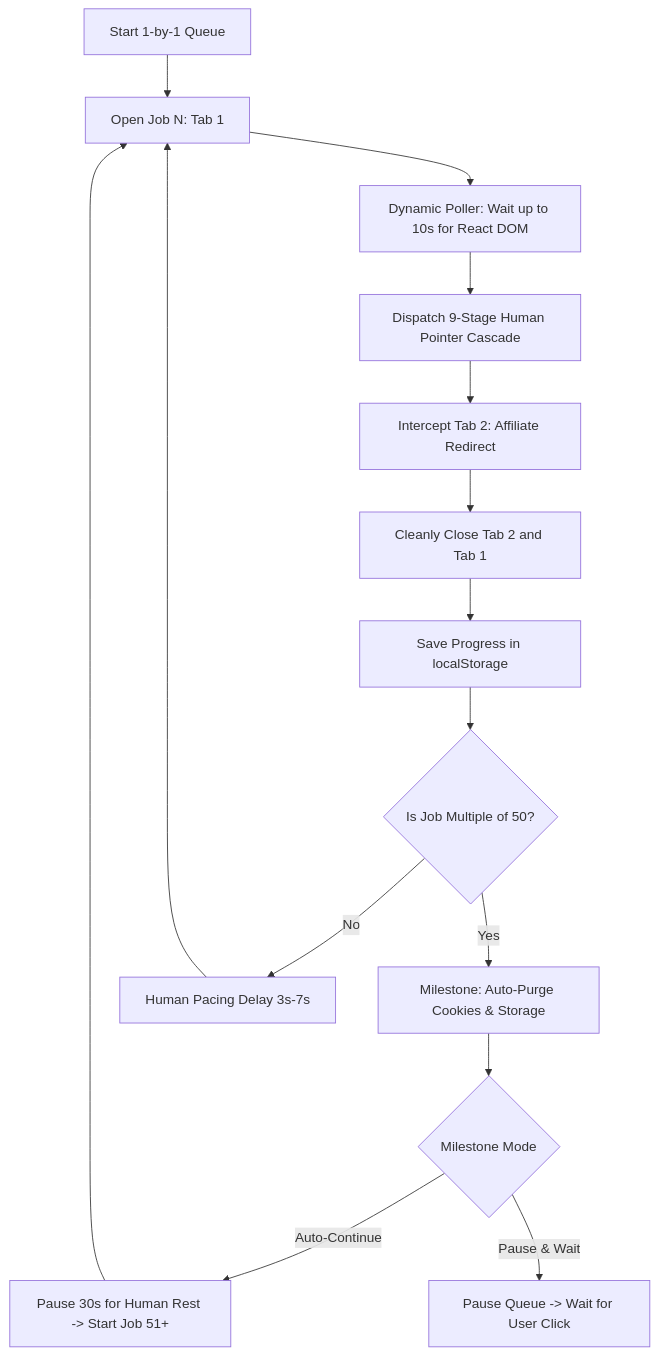
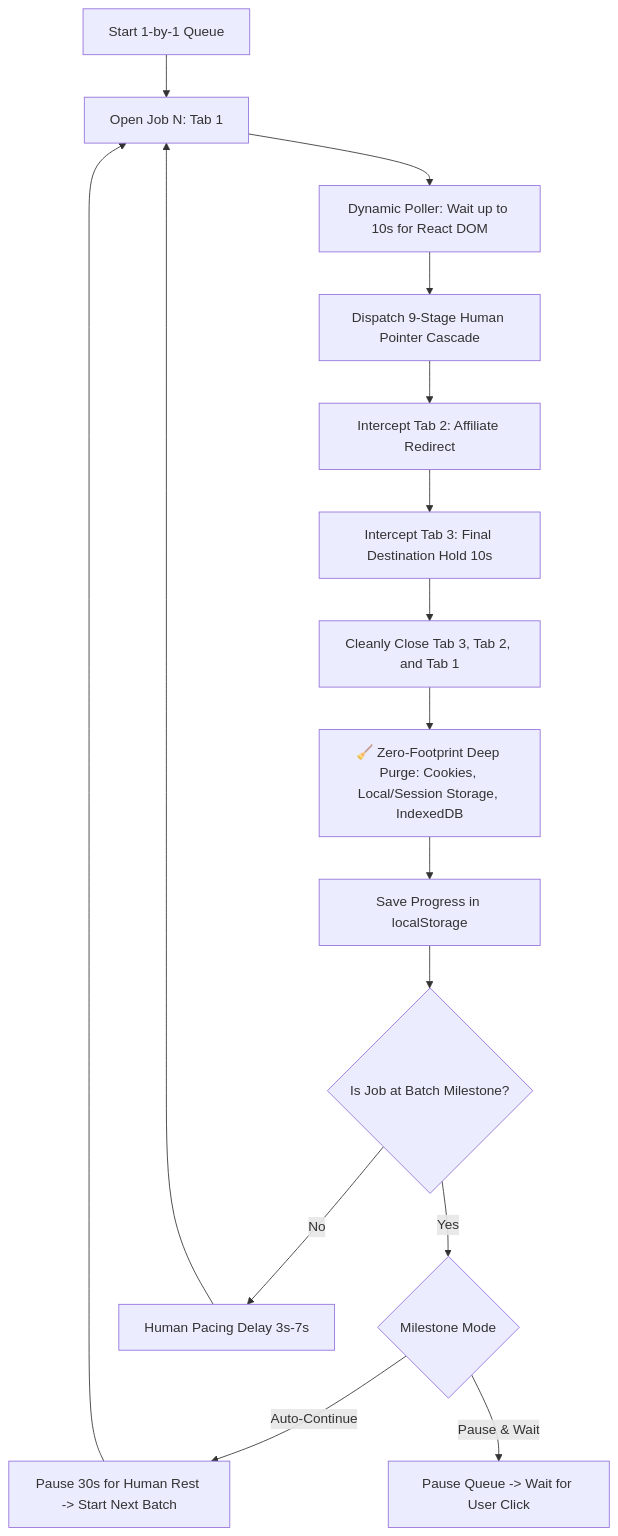
One commit to Naman-mahi/zero-footprint changed the diagram in docs/auto-applier.md. Above: the diagram before and after it, drawn with Mermaid. The commit also changed other lines of this file and 17 other files, not shown here.

````diff
--- a/docs/auto-applier.md
+++ b/docs/auto-applier.md
@@ -9,17 +13,18 @@
 ```mermaid
 flowchart TD
     A[Start 1-by-1 Queue] --> B[Open Job N: Tab 1]
     B --> C[Dynamic Poller: Wait up to 10s for React DOM]
     C --> D[Dispatch 9-Stage Human Pointer Cascade]
     D --> E[Intercept Tab 2: Affiliate Redirect]
-    E --> F[Cleanly Close Tab 2 and Tab 1]
-    F --> G[Save Progress in localStorage]
-    G --> H{Is Job Multiple of 50?}
-    H -->|Yes| I[Milestone: Auto-Purge Cookies & Storage]
-    I --> J{Milestone Mode}
-    J -->|Auto-Continue| K[Pause 30s for Human Rest -> Start Job 51+]
-    J -->|Pause & Wait| L[Pause Queue -> Wait for User Click]
-    H -->|No| M[Human Pacing Delay 3s-7s]
-    M --> B
-    K --> B
+    E --> F[Intercept Tab 3: Final Destination Hold 10s]
+    F --> G[Cleanly Close Tab 3, Tab 2, and Tab 1]
+    G --> H[🧹 Zero-Footprint Deep Purge: Cookies, Local/Session Storage, IndexedDB]
+    H --> I[Save Progress in localStorage]
+    I --> J{Is Job at Batch Milestone?}
+    J -->|Yes| K{Milestone Mode}
+    K -->|Auto-Continue| L[Pause 30s for Human Rest -> Start Next Batch]
+    K -->|Pause & Wait| M[Pause Queue -> Wait for User Click]
+    J -->|No| N[Human Pacing Delay 3s-7s]
+    N --> B
+    L --> B
 ```
````
